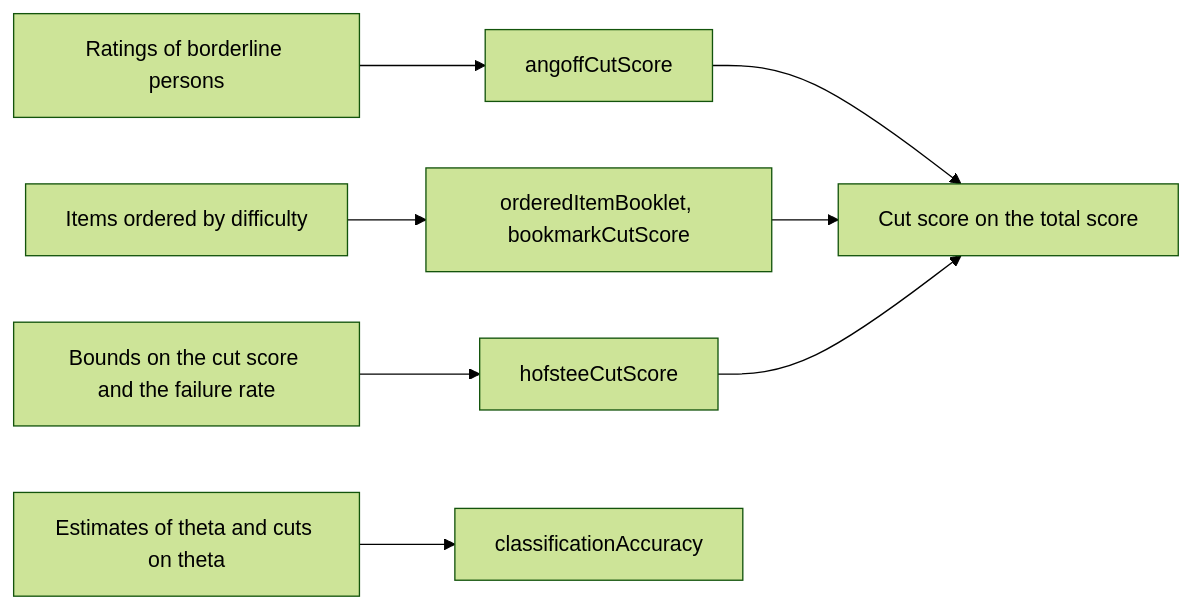
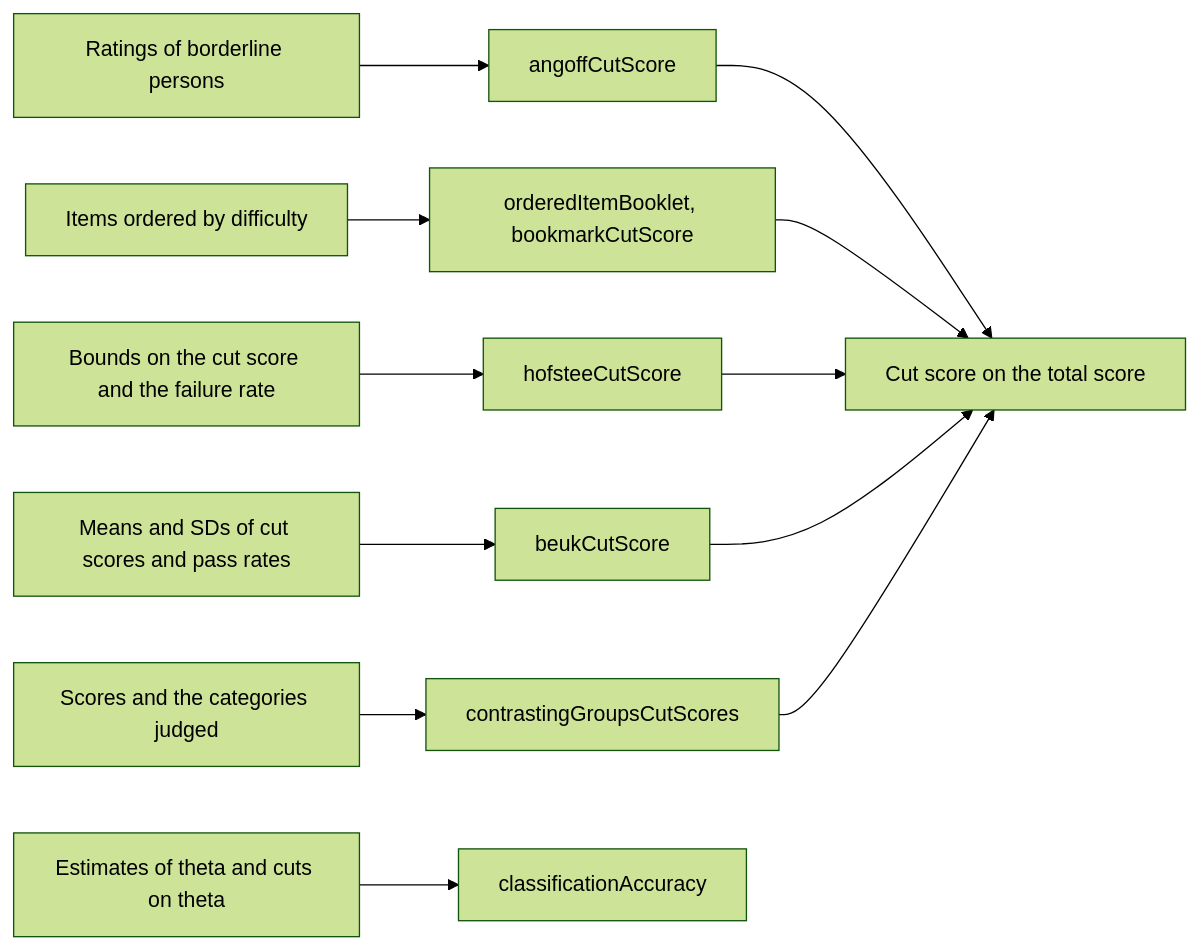
Before and after one commit to measurekit/measurekit: the diagram in docs/psychometrics/standard-setting.md, drawn with Mermaid (forest theme). The commit also changed other lines of this file and 15 other files, not shown here.

Commit message:
Add contrastingGroupsCutScores for contrasting groups and Body of Work, and beukCutScore on Hofstee's crossing, against base R, with the Nedelsky, Ebel and borderline-group recipes

````diff
--- a/docs/psychometrics/standard-setting.md
+++ b/docs/psychometrics/standard-setting.md
@@ -8,10 +9,14 @@
 ```mermaid
 flowchart LR
   A["Ratings of borderline persons"] --> AC["angoffCutScore"]
   B["Items ordered by difficulty"] --> BC["orderedItemBooklet, bookmarkCutScore"]
   H["Bounds on the cut score and the failure rate"] --> HC["hofsteeCutScore"]
+  K["Means and SDs of cut scores and pass rates"] --> KC["beukCutScore"]
+  G["Scores and the categories judged"] --> GC["contrastingGroupsCutScores"]
   AC --> C["Cut score on the total score"]
   BC --> C
   HC --> C
+  KC --> C
+  GC --> C
   E["Estimates of theta and cuts on theta"] --> Q["classificationAccuracy"]
 ```
````
